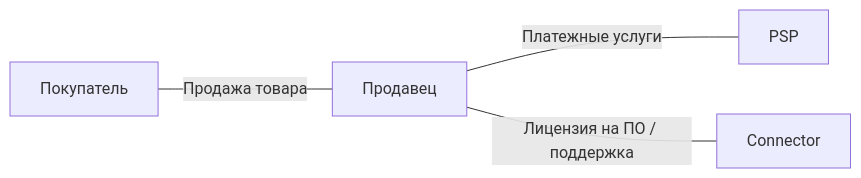
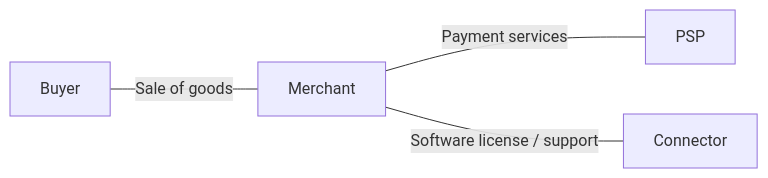
The first of 11 diagrams in Textbook/01-Market-rules-and-licensing/README.md (nuanu-ai/fintech-textbook-2026), drawn with Mermaid before and after one commit. The commit also changed other lines of this file and 78 other files, not shown here.

````diff
--- a/Textbook/01-Market-rules-and-licensing/README.md
+++ b/Textbook/01-Market-rules-and-licensing/README.md
@@ -94,6 +94,6 @@
 ```mermaid
 flowchart LR
- B[Покупатель] ---|Продажа товара| M[Продавец]
- M ---|Платежные услуги| P[PSP]
- M ---|Лицензия на ПО / поддержка| S[Connector]
+ B[Buyer] ---|Sale of goods| M[Merchant]
+ M ---|Payment services| P[PSP]
+ M ---|Software license / support| S[Connector]
 ```
````
